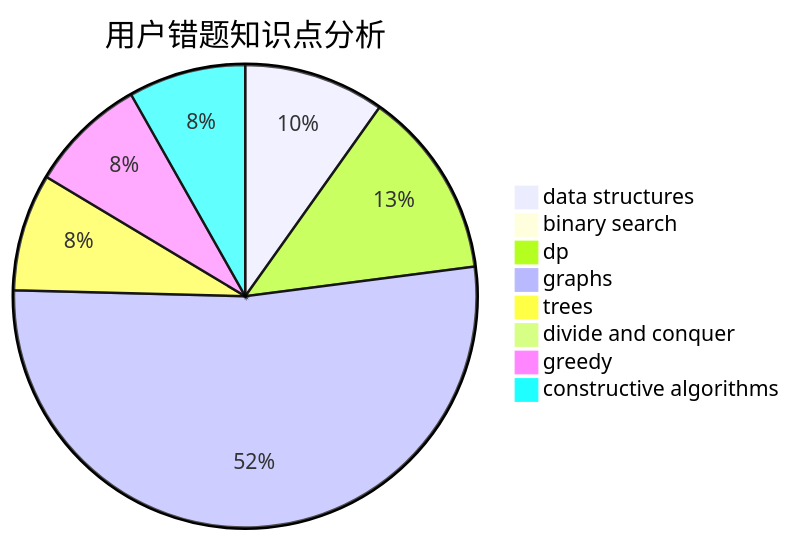
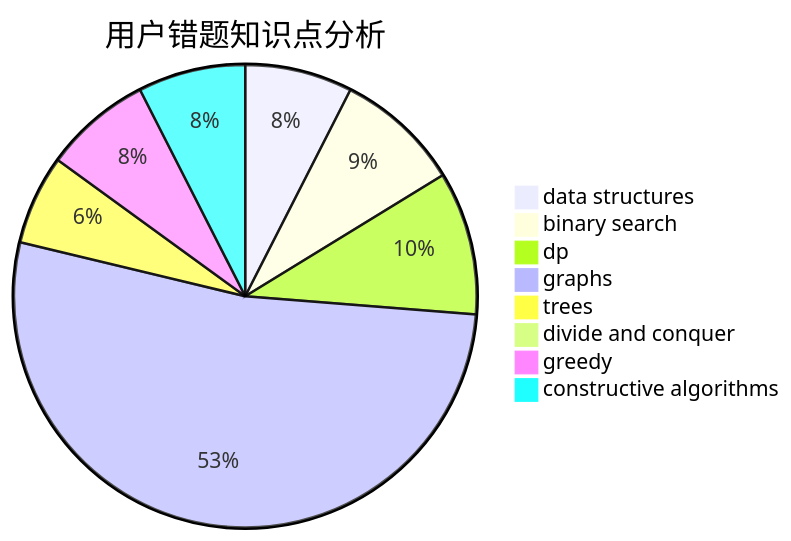
The third of 3 diagrams in docs/user/u1244.md (sherpahu/cfrs.github.io), drawn with Mermaid before and after one commit. The commit also changed other lines of this file and 2770 other files, not shown here.

````diff
--- a/docs/user/u1244.md
+++ b/docs/user/u1244.md
@@ -36,11 +36,11 @@
 ```mermaid
 pie title 用户错题知识点分析
     "data structures" :  6
-    "binary search" :  0
+    "binary search" :  7
     "dp" :  8
-    "graphs" :  32
+    "graphs" :  42
     "trees" :  5
     "divide and conquer" :  0
-    "greedy" :  5
-    "constructive algorithms" :  5
+    "greedy" :  6
+    "constructive algorithms" :  6
 ```
````
